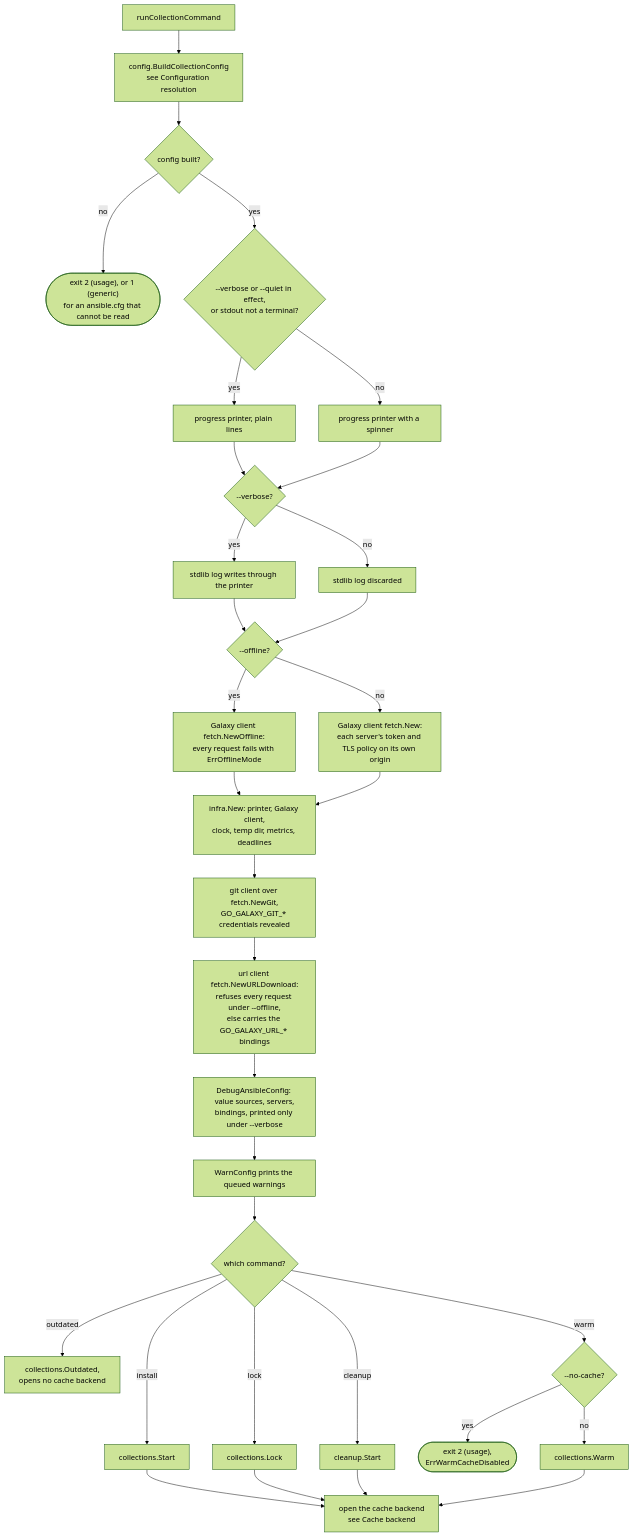
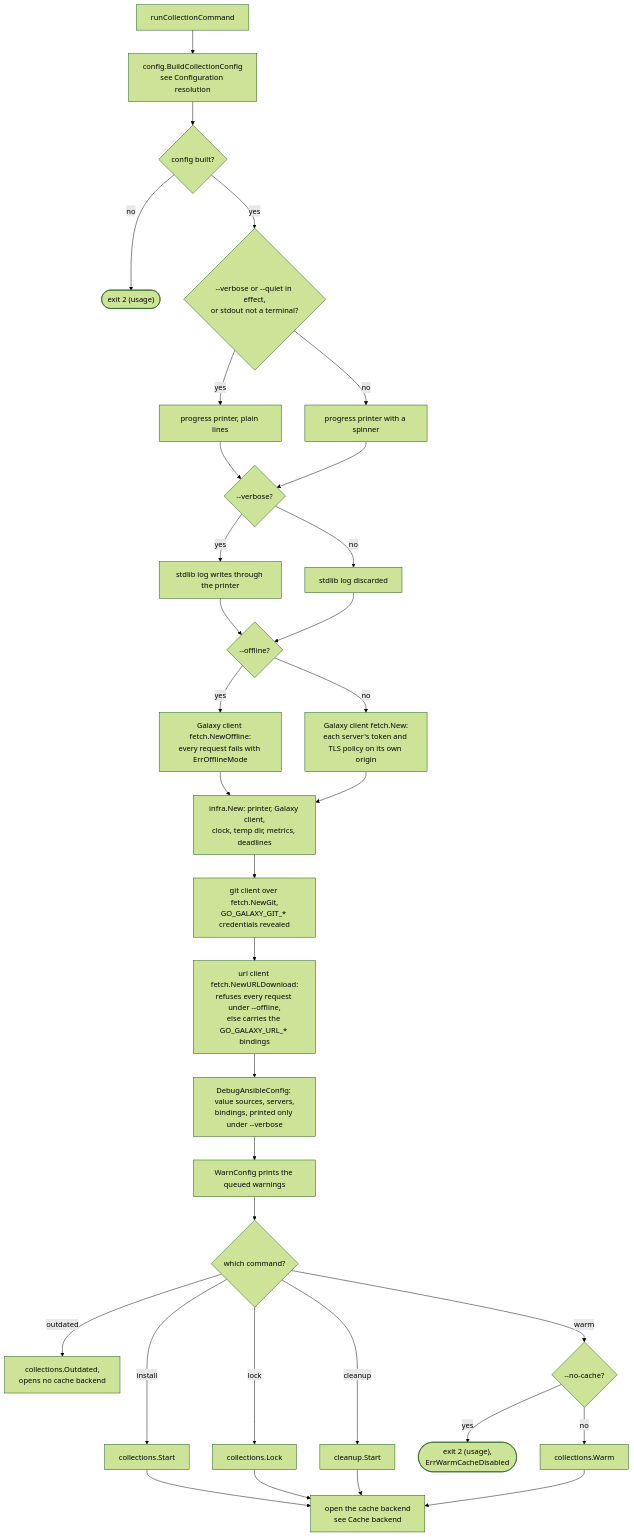
The third of 48 diagrams in docs/commands.md (greeddj/go-galaxy), drawn with Mermaid (forest theme) before and after one commit. The commit also changed other lines of this file and 14 other files, not shown here.

````diff
--- a/docs/commands.md
+++ b/docs/commands.md
@@ -129,35 +129,35 @@
 ```mermaid
 flowchart TD
   C1["runCollectionCommand"] --> C2["config.BuildCollectionConfig<br/>see Configuration resolution"]
   C2 --> C3{"config built?"}
-  C3 -->|"no"| XC(["exit 2 (usage), or 1 (generic)<br/>for an ansible.cfg that cannot be read"])
+  C3 -->|"no"| XC(["exit 2 (usage)"])
   C3 -->|"yes"| C4{"--verbose or --quiet in effect,<br/>or stdout not a terminal?"}
   C4 -->|"yes"| C5["progress printer, plain lines"]
   C4 -->|"no"| C6["progress printer with a spinner"]
   C5 --> C7
   C6 --> C7{"--verbose?"}
   C7 -->|"yes"| C8["stdlib log writes through the printer"]
   C7 -->|"no"| C9["stdlib log discarded"]
   C8 --> C10
   C9 --> C10{"--offline?"}
   C10 -->|"yes"| C11["Galaxy client fetch.NewOffline:<br/>every request fails with ErrOfflineMode"]
   C10 -->|"no"| C12["Galaxy client fetch.New:<br/>each server's token and TLS policy on its own origin"]
   C11 --> C13
   C12 --> C13["infra.New: printer, Galaxy client,<br/>clock, temp dir, metrics, deadlines"]
   C13 --> C14["git client over fetch.NewGit,<br/>GO_GALAXY_GIT_* credentials revealed"]
   C14 --> C15["url client fetch.NewURLDownload:<br/>refuses every request under --offline,<br/>else carries the GO_GALAXY_URL_* bindings"]
   C15 --> C16["DebugAnsibleConfig: value sources, servers,<br/>bindings, printed only under --verbose"]
   C16 --> C17["WarnConfig prints the queued warnings"]
   C17 --> C18{"which command?"}
   C18 -->|"install"| C19["collections.Start"]
   C18 -->|"lock"| C20["collections.Lock"]
   C18 -->|"cleanup"| C21["cleanup.Start"]
   C18 -->|"outdated"| C22["collections.Outdated,<br/>opens no cache backend"]
   C18 -->|"warm"| C23{"--no-cache?"}
   C23 -->|"yes"| XW(["exit 2 (usage),<br/>ErrWarmCacheDisabled"])
   C23 -->|"no"| C24["collections.Warm"]
   C19 --> C25
   C20 --> C25
   C21 --> C25
   C24 --> C25["open the cache backend<br/>see Cache backend"]
 ```
````
